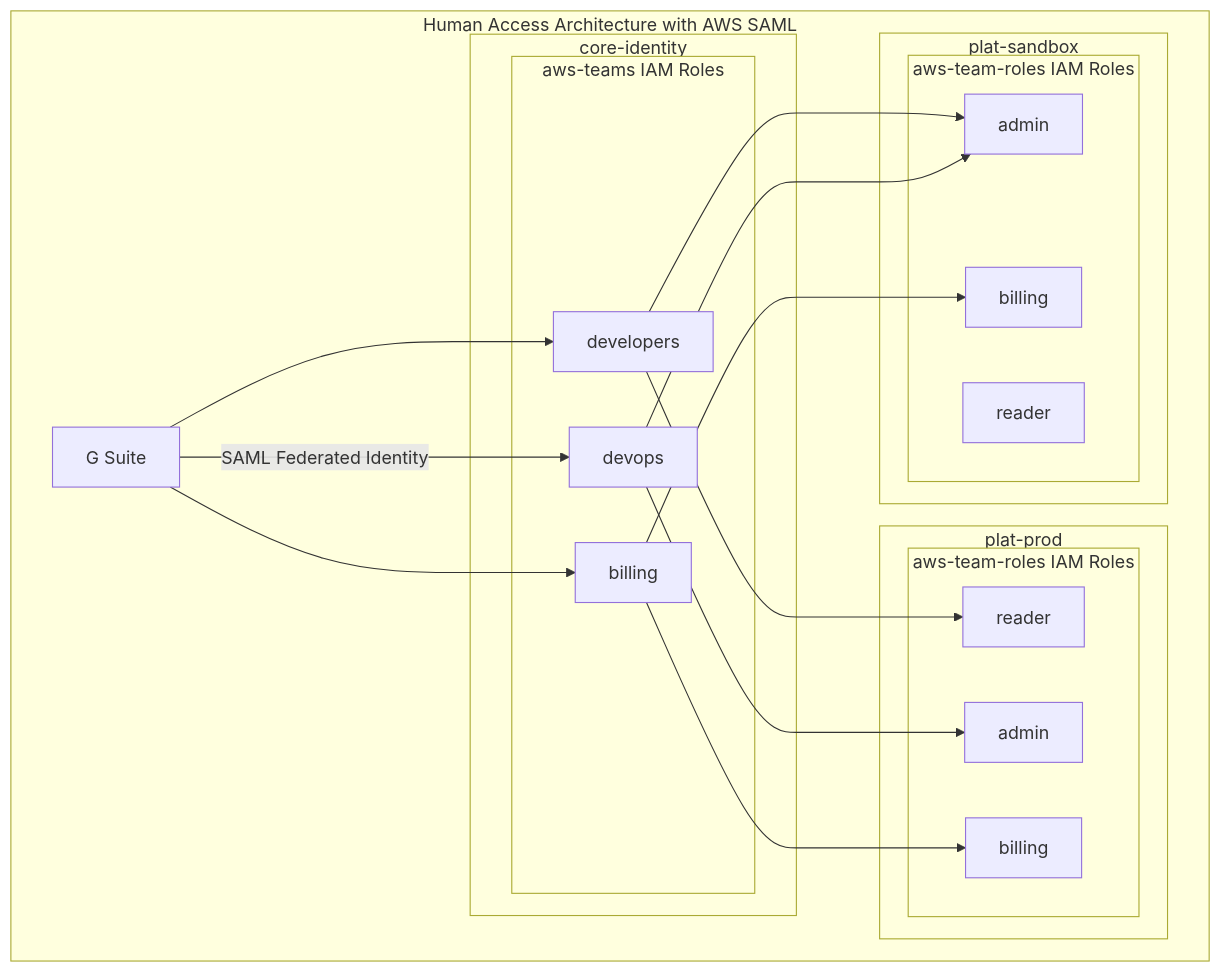
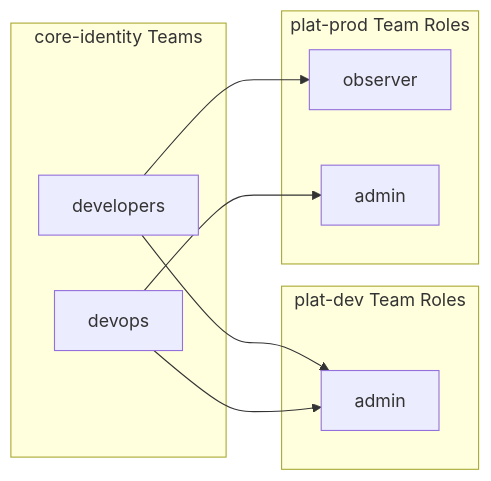
The first of 5 diagrams in docs/layers/identity/centralized-terraform-access.mdx (cloudposse/docs), drawn with Mermaid before and after one commit. The commit also changed other lines of this file, not shown here.

Commit message:
reset docs/layers/identity/centralized-terraform-access.mdx

````diff
--- a/docs/layers/identity/centralized-terraform-access.mdx
+++ b/docs/layers/identity/centralized-terraform-access.mdx
@@ -45,40 +39,21 @@
 ```mermaid
-flowchart TB
-    subgraph "Human Access Architecture with AWS SAML"
-        subgraph "core-identity"
-            subgraph aws_teams["aws-teams IAM Roles"]
-                devops_teams["devops"]
-                developers_teams["developers"]
-                billing_teams["billing"]
-            end
-        end
+flowchart LR
+    subgraph core_identity["core-identity Teams"]
+        developers["developers"]
+        devops["devops"]
+    end
 
-        subgraph "plat-prod"
-            subgraph aws_team_roles_prod["aws-team-roles IAM Roles"]
-                admin_prod["admin"]
-                billing_prod["billing"]
-                reader_prod["reader"]
-            end
-        end
+    subgraph dev_account_roles["plat-dev Team Roles"]
+        admin_dev["admin"]
+    end
 
-        subgraph "plat-sandbox"
-            subgraph aws_team_roles_sandbox["aws-team-roles IAM Roles"]
-                admin_sandbox["admin"]
-                billing_sandbox["billing"]
-                reader_sandbox["reader"]
-            end
-        end
+    subgraph prod_account_roles["plat-prod Team Roles"]
+        observer_prod["observer"]
+        admin_prod["admin"]
+    end
 
-        g_suite["G Suite"] -->|SAML Federated Identity| devops_teams
-        g_suite["G Suite"] --> developers_teams
-        g_suite["G Suite"] --> billing_teams
-
-        developers_teams --> reader_prod
-        devops_teams --> admin_prod
-        billing_teams --> billing_prod
-
-        developers_teams --> admin_sandbox
-        devops_teams --> admin_sandbox
-        billing_teams --> billing_sandbox
-    end
+    developers --> admin_dev
+    developers --> observer_prod
+    devops --> admin_prod
+    devops --> admin_dev
 ```
````
